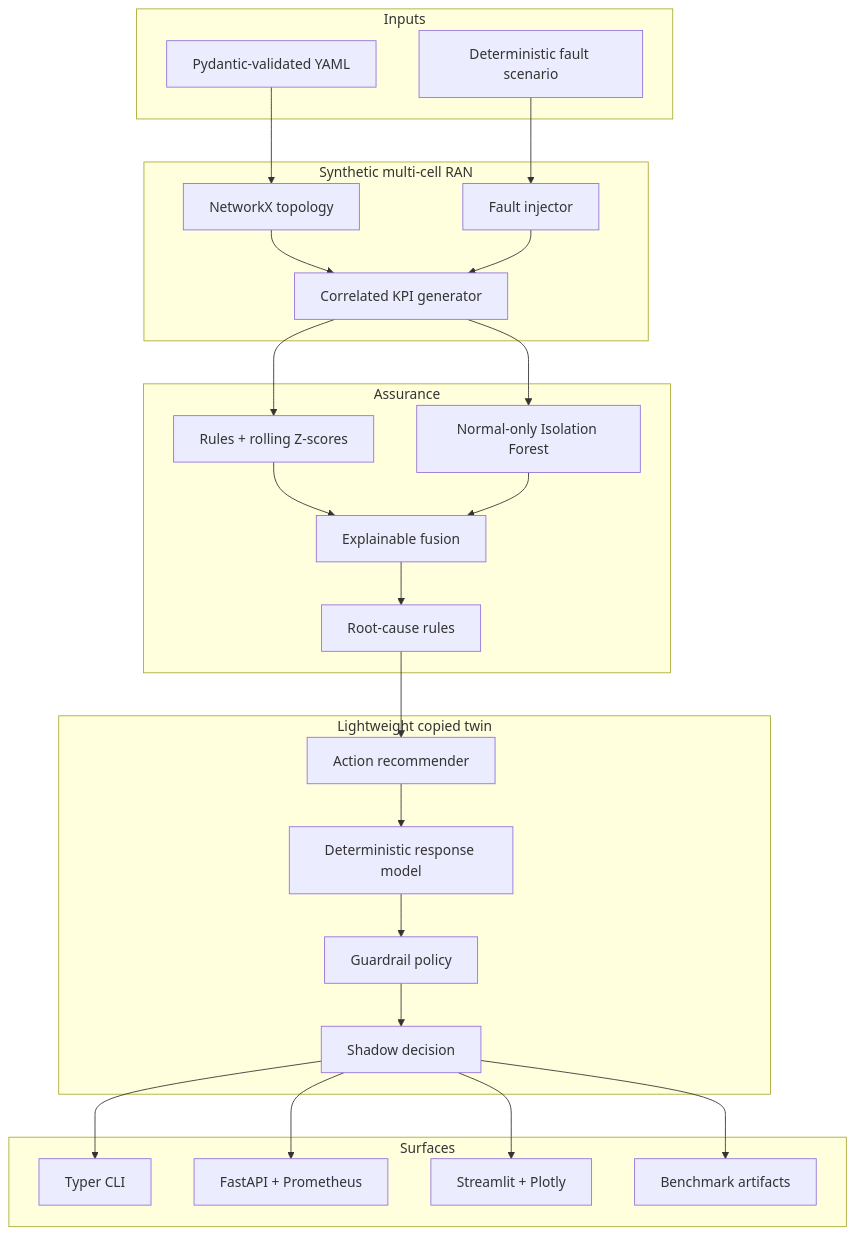
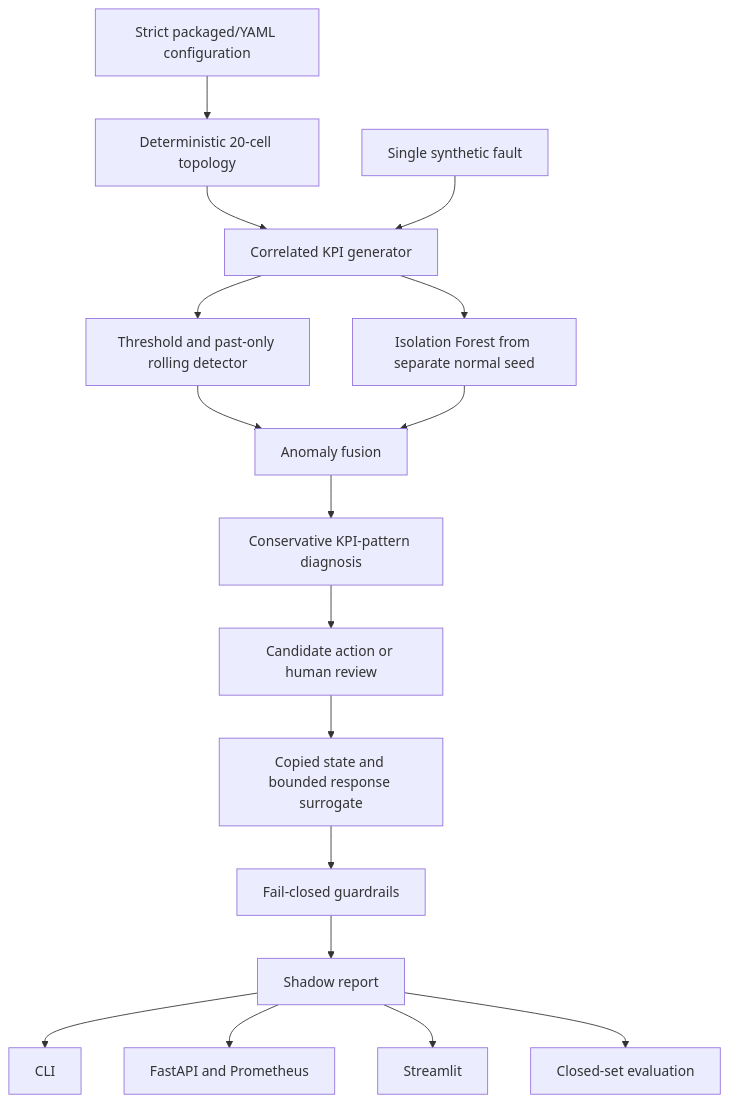
Before and after one commit to omidrahimirad/ai-ran-digital-twin-assurance: the diagram in docs/architecture.md, drawn with Mermaid. The commit also changed other lines of this file and 45 other files, not shown here.

First line of the commit message:
fix: harden synthetic RAN assurance pipeline (#2)

````diff
--- a/docs/architecture.md
+++ b/docs/architecture.md
@@ -12,39 +10,19 @@
 ```mermaid
 flowchart TB
-    subgraph Inputs
-        C["Pydantic-validated YAML"]
-        F["Deterministic fault scenario"]
-    end
-    subgraph Synthetic_RAN["Synthetic multi-cell RAN"]
-        T["NetworkX topology"]
-        K["Correlated KPI generator"]
-        I["Fault injector"]
-    end
-    subgraph Assurance
-        R["Rules + rolling Z-scores"]
-        M["Normal-only Isolation Forest"]
-        H["Explainable fusion"]
-        D["Root-cause rules"]
-    end
-    subgraph Shadow_Twin["Lightweight copied twin"]
-        A["Action recommender"]
-        P["Deterministic response model"]
-        G["Guardrail policy"]
-        S["Shadow decision"]
-    end
-    subgraph Surfaces
-        CLI["Typer CLI"]
-        API["FastAPI + Prometheus"]
-        UI["Streamlit + Plotly"]
-        E["Benchmark artifacts"]
-    end
-    C --> T --> K
-    F --> I --> K
-    K --> R --> H
-    K --> M --> H
-    H --> D --> A --> P --> G --> S
-    S --> CLI
-    S --> API
-    S --> UI
-    S --> E
+    C["Strict packaged/YAML configuration"] --> T["Deterministic 20-cell topology"]
+    T --> K["Correlated KPI generator"]
+    F["Single synthetic fault"] --> K
+    K --> R["Threshold and past-only rolling detector"]
+    K --> M["Isolation Forest from separate normal seed"]
+    R --> H["Anomaly fusion"]
+    M --> H
+    H --> D["Conservative KPI-pattern diagnosis"]
+    D --> A["Candidate action or human review"]
+    A --> P["Copied state and bounded response surrogate"]
+    P --> G["Fail-closed guardrails"]
+    G --> S["Shadow report"]
+    S --> CLI["CLI"]
+    S --> API["FastAPI and Prometheus"]
+    S --> UI["Streamlit"]
+    S --> E["Closed-set evaluation"]
 ```
````
